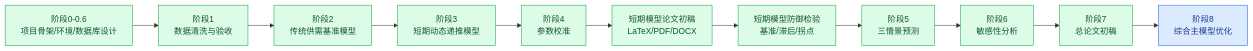
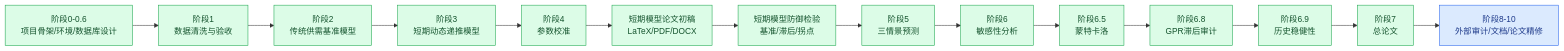
Before and after one commit to Timcai06/-A-: the diagram in STATUS.md, drawn with Mermaid. The commit also changed other lines of this file and 22 other files, not shown here.

````diff
--- a/STATUS.md
+++ b/STATUS.md
@@ -9,28 +9,34 @@
 ```mermaid
 flowchart LR
     S0["阶段0-0.6<br/>项目骨架/环境/数据库设计"] --> S1["阶段1<br/>数据清洗与验收"]
     S1 --> S2["阶段2<br/>传统供需基准模型"]
     S2 --> S3["阶段3<br/>短期动态递推模型"]
     S3 --> S4["阶段4<br/>参数校准"]
     S4 --> P0["短期模型论文初稿<br/>LaTeX/PDF/DOCX"]
     P0 --> D0["短期模型防御检验<br/>基准/滞后/拐点"]
     D0 --> S5["阶段5<br/>三情景预测"]
     S5 --> S6["阶段6<br/>敏感性分析"]
-    S6 --> S7["阶段7<br/>总论文初稿"]
-    S7 --> S8["阶段8<br/>综合主模型优化"]
+    S6 --> S65["阶段6.5<br/>蒙特卡洛"]
+    S65 --> S68["阶段6.8<br/>GPR滞后审计"]
+    S68 --> S69["阶段6.9<br/>历史稳健性"]
+    S69 --> S7["阶段7<br/>总论文"]
+    S7 --> S8["阶段8-10<br/>外部审计/文档/论文精修"]
 
     S0:::done
     S1:::done
     S2:::done
     S3:::done
     S4:::done
     P0:::done
     D0:::done
     S5:::done
     S6:::done
+    S65:::done
+    S68:::done
+    S69:::done
     S7:::done
     S8:::next
 
     classDef done fill:#dcfce7,stroke:#16a34a,color:#14532d
     classDef next fill:#dbeafe,stroke:#2563eb,color:#1e3a8a
 ```
````
